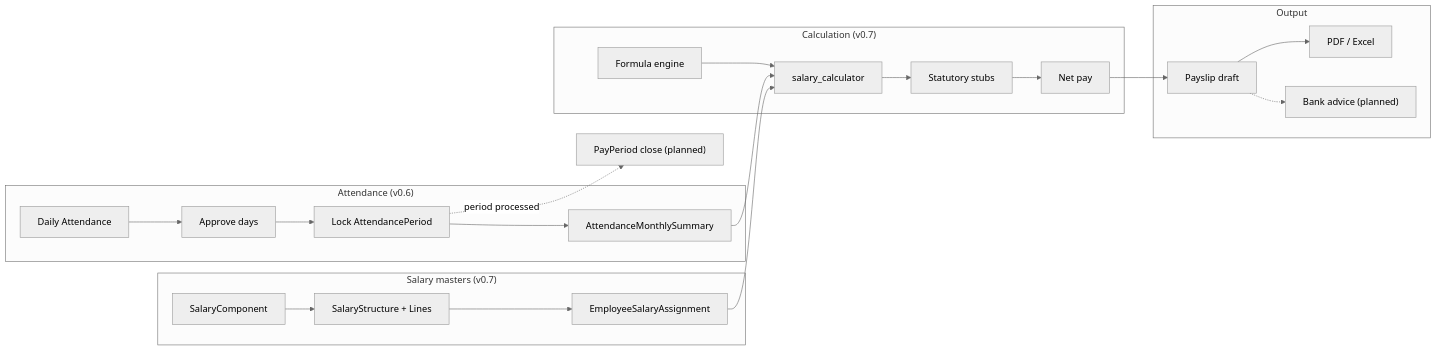
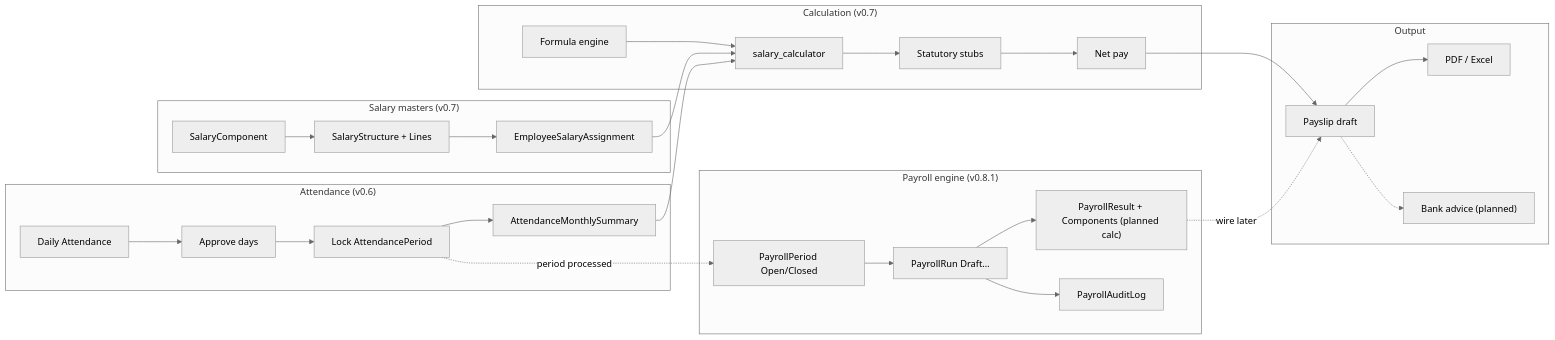
The diagram in docs/payroll-architecture/lifecycle.md (prudhvikrishna90nyp/PAS-Payroll-Automation-System), drawn with Mermaid (neutral theme) before and after one commit. The commit also changed other lines of this file and 28 other files, not shown here.

Commit message:
Add payroll engine foundation (Sprint 8.1)

````diff
--- a/docs/payroll-architecture/lifecycle.md
+++ b/docs/payroll-architecture/lifecycle.md
@@ -7,30 +7,37 @@
 ```mermaid
 flowchart LR
   subgraph attendance ["Attendance (v0.6)"]
     A1[Daily Attendance] --> A2[Approve days]
     A2 --> A3[Lock AttendancePeriod]
     A3 --> A4[AttendanceMonthlySummary]
   end
 
   subgraph salary ["Salary masters (v0.7)"]
     S1[SalaryComponent] --> S2[SalaryStructure + Lines]
     S2 --> S3[EmployeeSalaryAssignment]
   end
 
   subgraph calc ["Calculation (v0.7)"]
     C1[Formula engine] --> C2[salary_calculator]
     C2 --> C3[Statutory stubs]
     C3 --> C4[Net pay]
   end
 
+  subgraph engine ["Payroll engine (v0.8.1)"]
+    P1[PayrollPeriod Open/Closed] --> P2[PayrollRun Draft…]
+    P2 --> P3["PayrollResult + Components (planned calc)"]
+    P2 --> P4[PayrollAuditLog]
+  end
+
   subgraph output ["Output"]
     O1[Payslip draft] --> O2[PDF / Excel]
     O3["Bank advice (planned)"]
   end
 
   A4 --> C2
   S3 --> C2
   C4 --> O1
   O1 -.-> O3
-  A3 -.->|period processed| P1["PayPeriod close (planned)"]
+  A3 -.->|period processed| P1
+  P3 -.->|wire later| O1
 ```
````
